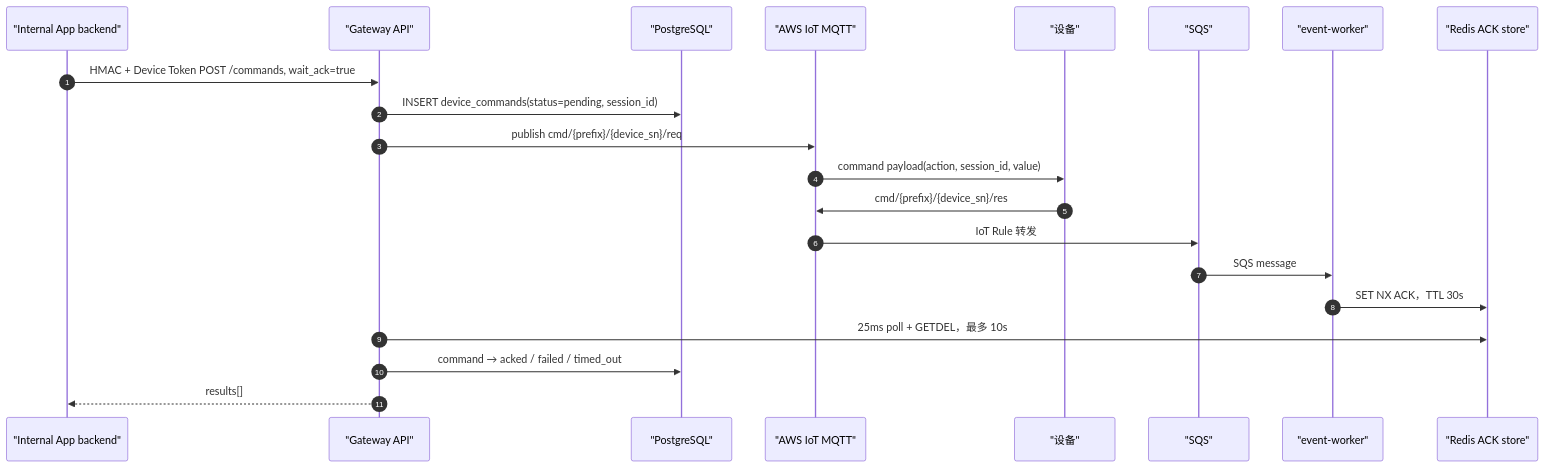
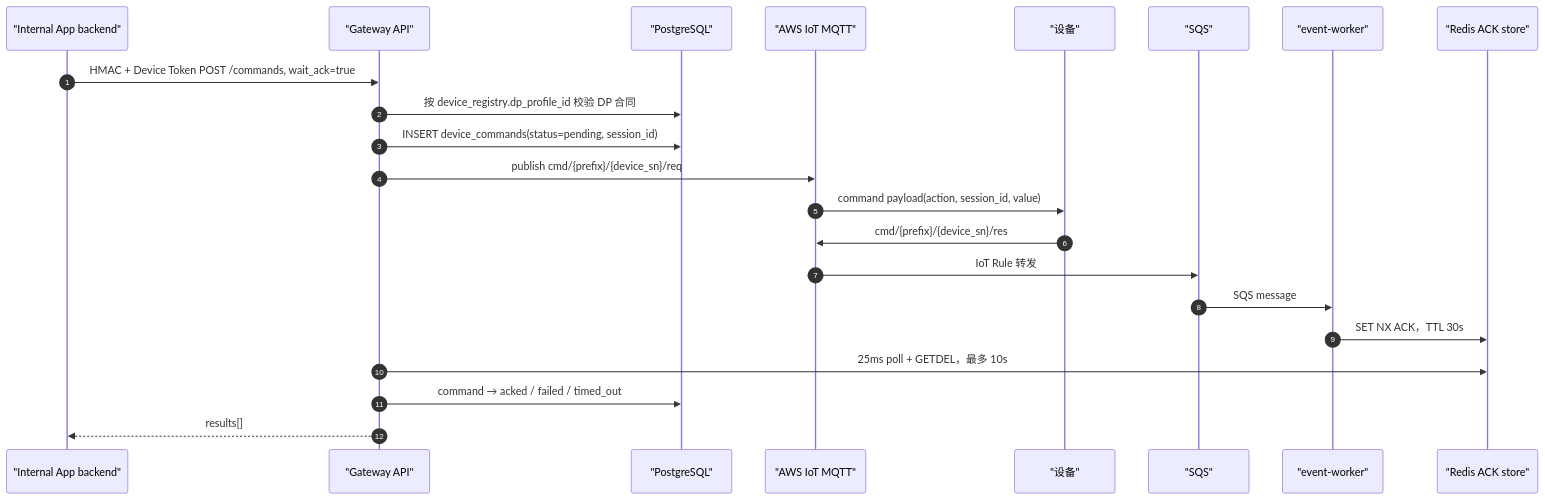
Before and after one commit to iolucasluo/aws-iot-gateway: the first of 4 diagrams in docs/flows/设备运行态、事件与媒体流程.md, drawn with Mermaid. The commit also changed 49 other files, not shown here.

````diff
--- a/docs/flows/设备运行态、事件与媒体流程.md
+++ b/docs/flows/设备运行态、事件与媒体流程.md
@@ -23,24 +23,25 @@
 ```mermaid
 sequenceDiagram
     autonumber
     participant B as "Internal App backend"
     participant G as "Gateway API"
     participant DB as "PostgreSQL"
     participant I as "AWS IoT MQTT"
     participant D as "设备"
     participant Q as "SQS"
     participant W as "event-worker"
     participant R as "Redis ACK store"
 
     B->>G: HMAC + Device Token POST /commands, wait_ack=true
+    G->>DB: 按 device_registry.dp_profile_id 校验 DP 合同
     G->>DB: INSERT device_commands(status=pending, session_id)
     G->>I: publish cmd/{prefix}/{device_sn}/req
     I->>D: command payload(action, session_id, value)
     D->>I: cmd/{prefix}/{device_sn}/res
     I->>Q: IoT Rule 转发
     Q->>W: SQS message
     W->>R: SET NX ACK，TTL 30s
     G->>R: 25ms poll + GETDEL，最多 10s
     G->>DB: command → acked / failed / timed_out
     G-->>B: results[]
 ```
````
